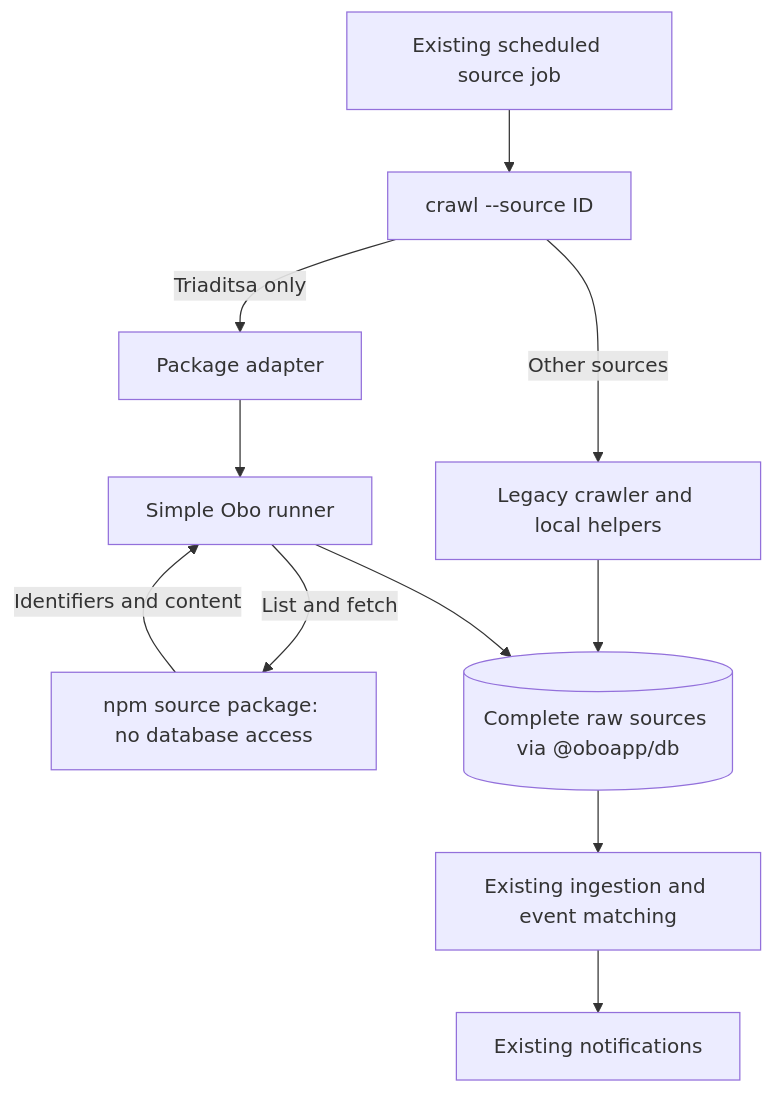
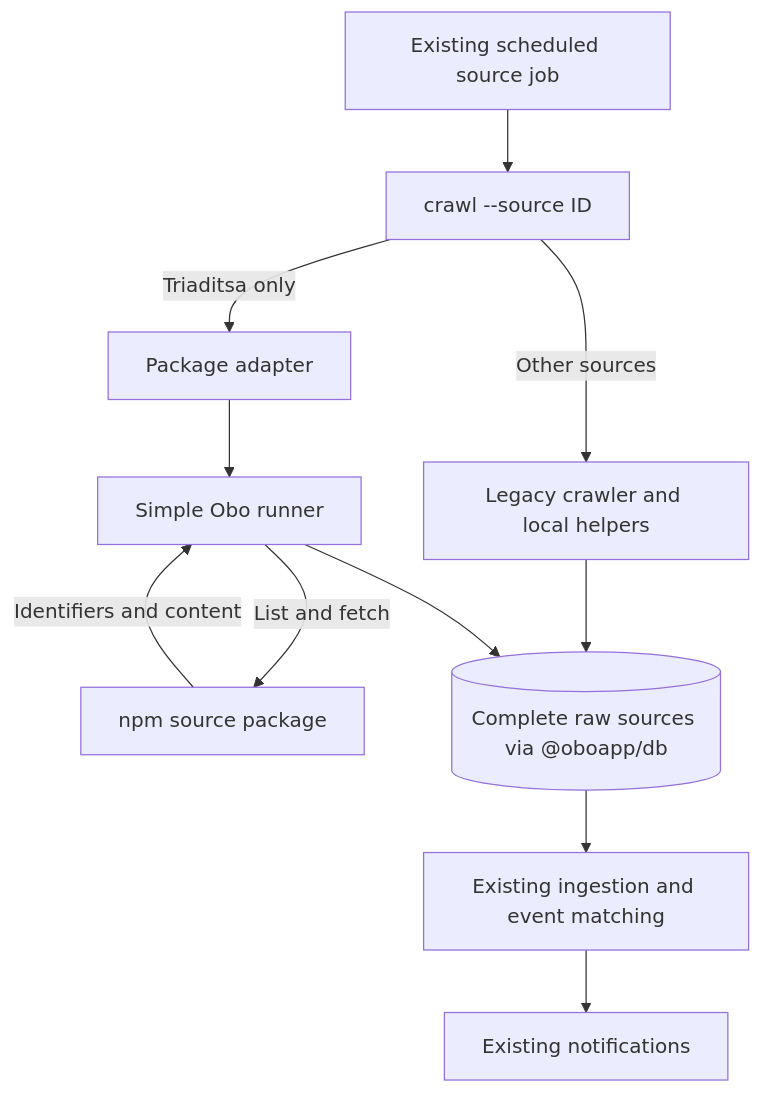
One commit to vbuch/oboapp changed the diagram in docs/features/source-packages.md. Above: the diagram before and after it, drawn with Mermaid. The commit also changed other lines of this file and 5 other files, not shown here.

````diff
--- a/docs/features/source-packages.md
+++ b/docs/features/source-packages.md
@@ -17,13 +17,13 @@
 ```mermaid
 flowchart TD
     job[Existing scheduled source job] --> entry[crawl --source ID]
     entry -->|Other sources| legacy[Legacy crawler and local helpers]
     entry -->|Triaditsa only| adapter[Package adapter]
     adapter --> runner[Simple Obo runner]
-    runner -->|List and fetch| package[npm source package: no database access]
+    runner -->|List and fetch| package[npm source package]
     package -->|Identifiers and content| runner
     legacy --> raw[(Complete raw sources via @oboapp/db)]
     runner --> raw
     raw --> ingest[Existing ingestion and event matching]
     ingest --> notify[Existing notifications]
 ```
````
